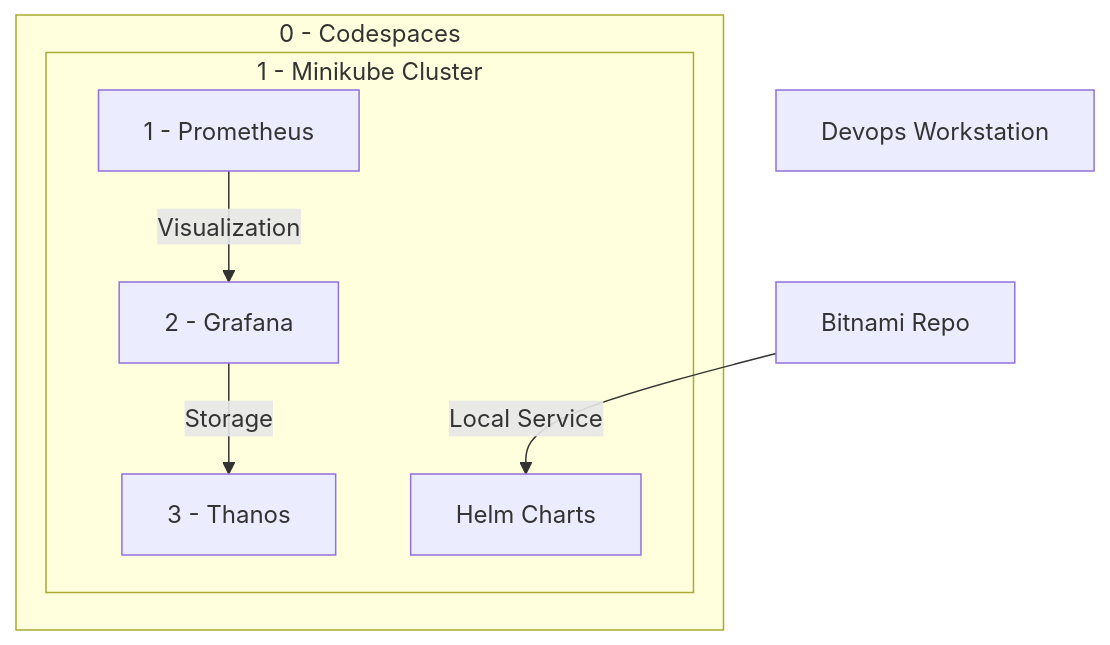
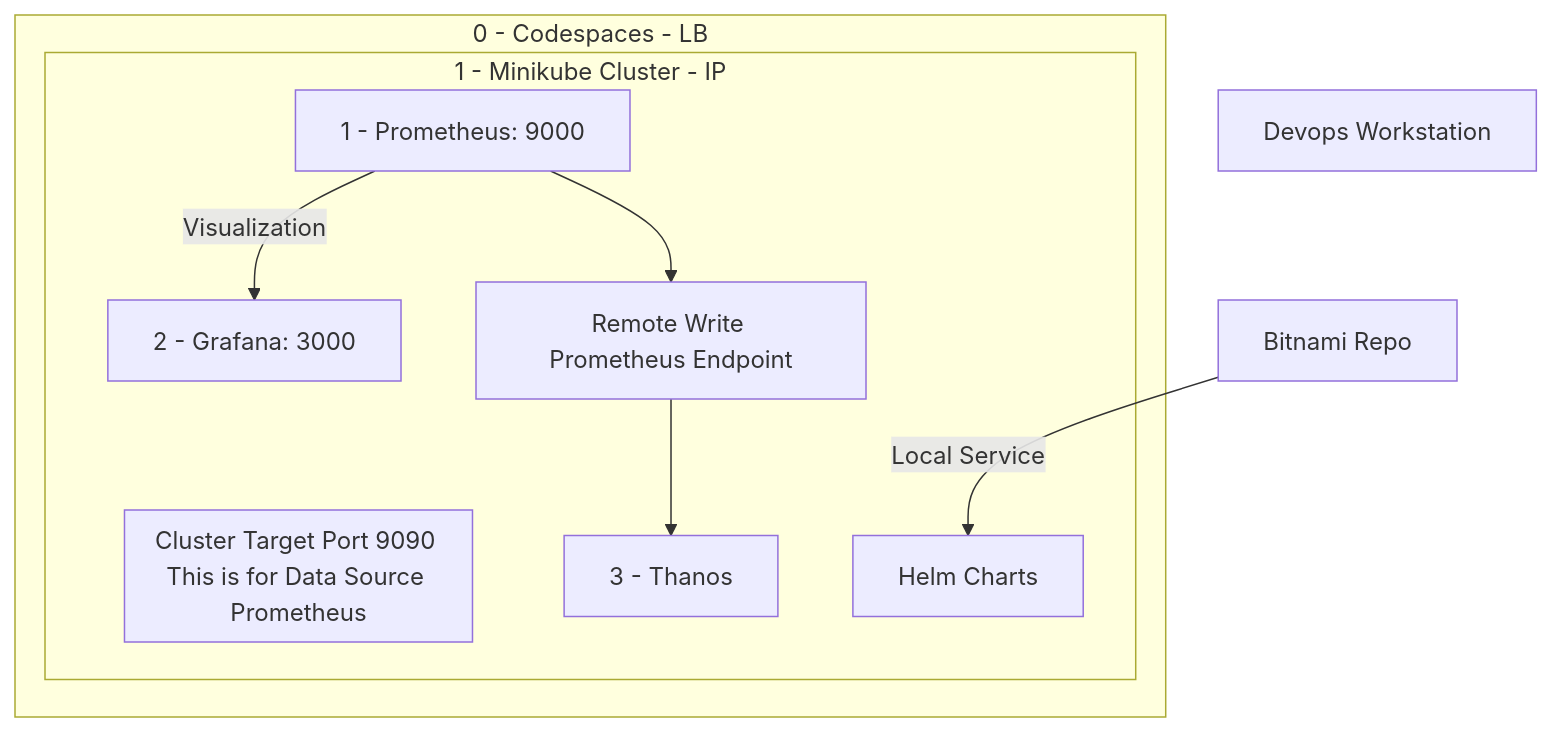
One commit to YakubPlayground/Thanos-write-env changed the diagram in markdowns/create/mermaid.md. Above: the diagram before and after it, drawn with Mermaid. The commit also changed other lines of this file and 1 other file, not shown here.

Commit message:
update both prom and grafana

````diff
--- a/markdowns/create/mermaid.md
+++ b/markdowns/create/mermaid.md
@@ -1,17 +1,29 @@
 ```mermaid
 graph TD
-    B[1 - Prometheus] -->|Visualization| C[2 - Grafana] --> |Storage| A[3 - Thanos]
-    
-    subgraph 0 - Codespaces
+    B[1 - Prometheus: 9000] -->|Visualization| C[2 - Grafana: 3000]
+    A[3 - Thanos]
+    subgraph 0 - Codespaces - LB
         E
-        E
-        subgraph 1 - Minikube Cluster
-            A
+        subgraph 1 - Minikube Cluster - IP
+			n2["Remote Write Prometheus Endpoint"]
+			n3(("Cluster Target Port 9090 This is for Data Source Prometheus"))
             B
             C
             E
+            A
         end
+
+    click C "https://musical-sniffle-wggjpgjg46xc9qpq-3000.app.github.dev/?orgId=1" "Click for Grafana"
+    click B "https://musical-sniffle-wggjpgjg46xc9qpq-9090.app.github.dev/graph" "Click for Prometheus"
     end 
     F[Devops Workstation]
     D[Bitnami Repo] --> |Local Service| E[Helm Charts]
+    B --> n2
+    n2 --> A
+	subGraph1
+	
+	subgraph n3["Cluster Target Port 9090 This is for Data Source Prometheus"]
+	end
+	n3
+	n3
 ```
````
